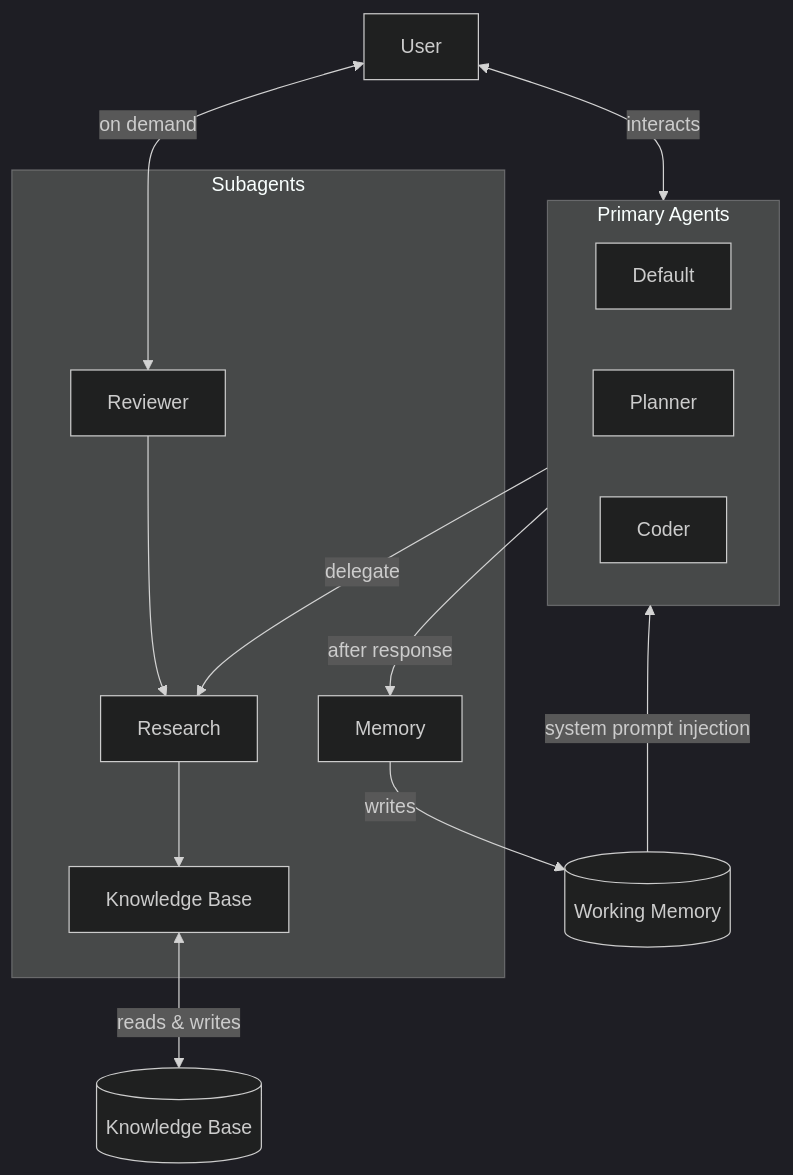
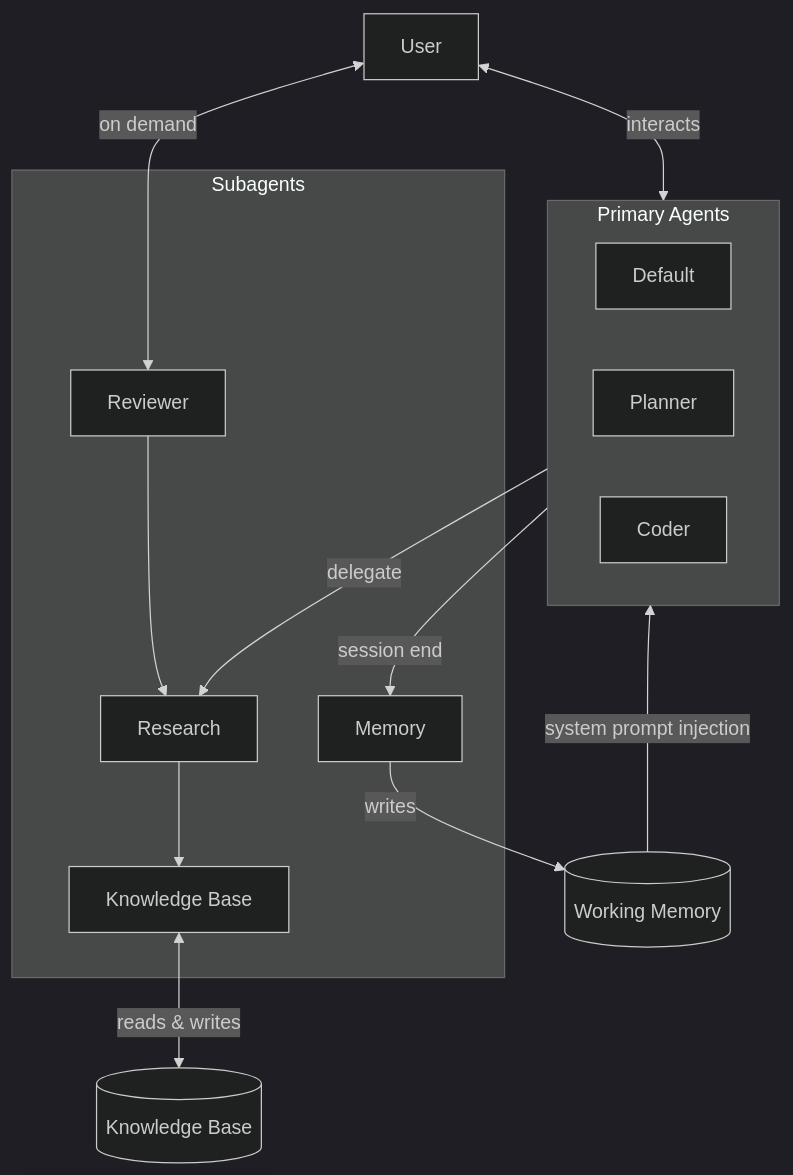
Before and after one commit to eeternalsadness/vibe-ai-agent-harness: the diagram in README.md, drawn with Mermaid (dark theme). The commit also changed other lines of this file and 9 other files, not shown here.

````diff
--- a/README.md
+++ b/README.md
@@ -15,33 +15,33 @@
 ```mermaid
 graph TD
     User
 
     subgraph Primary["Primary Agents"]
         Default
         Planner
         Coder
     end
 
     subgraph Subagents
         Research
         KnowledgeBase[Knowledge Base]
         Memory
         Reviewer
     end
 
     KB[(Knowledge Base)]
     WM[(Working Memory)]
 
     User <-->|interacts| Primary
     User <-->|on demand| Reviewer
 
     Primary -->|delegate| Research
-    Primary -->|after response| Memory
+    Primary -->|session end| Memory
 
     Reviewer --> Research
     Research --> KnowledgeBase
     KnowledgeBase <-->|reads & writes| KB
 
     Memory -->|writes| WM
     WM -->|system prompt injection| Primary
 ```
````
